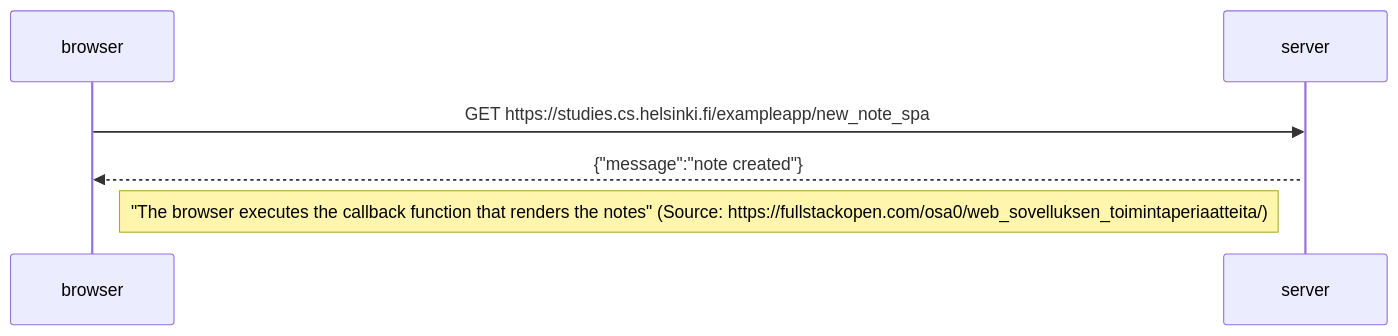
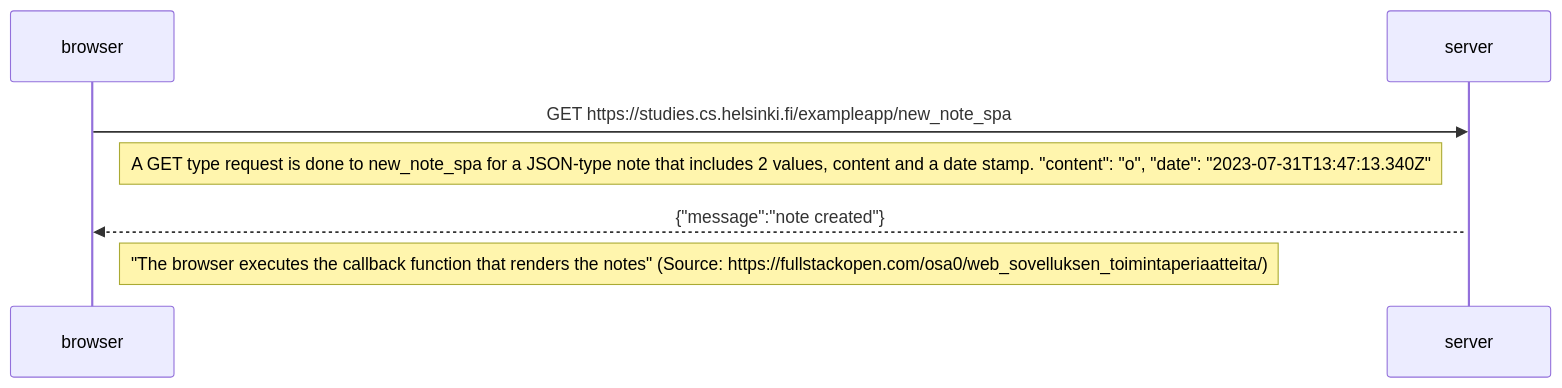
One commit to alelikak/fullstackopen changed the diagram in 06.md. Above: the diagram before and after it, drawn with Mermaid.

````diff
--- a/06.md
+++ b/06.md
@@ -1,10 +1,12 @@
 ```mermaid
 sequenceDiagram
     participant browser
     participant server
+    
+    browser->>server: GET https://studies.cs.helsinki.fi/exampleapp/new_note_spa
+    Note right of browser: A GET type request is done to new_note_spa for a JSON-type note that includes 2 values, content and a date stamp. "content": "o", "date": "2023-07-31T13:47:13.340Z"
 
-    browser->>server: GET https://studies.cs.helsinki.fi/exampleapp/new_note_spa
     activate server
     server-->>browser: {"message":"note created"}
     Note right of browser: "The browser executes the callback function that renders the notes" (Source: https://fullstackopen.com/osa0/web_sovelluksen_toimintaperiaatteita/)
 ```
````
